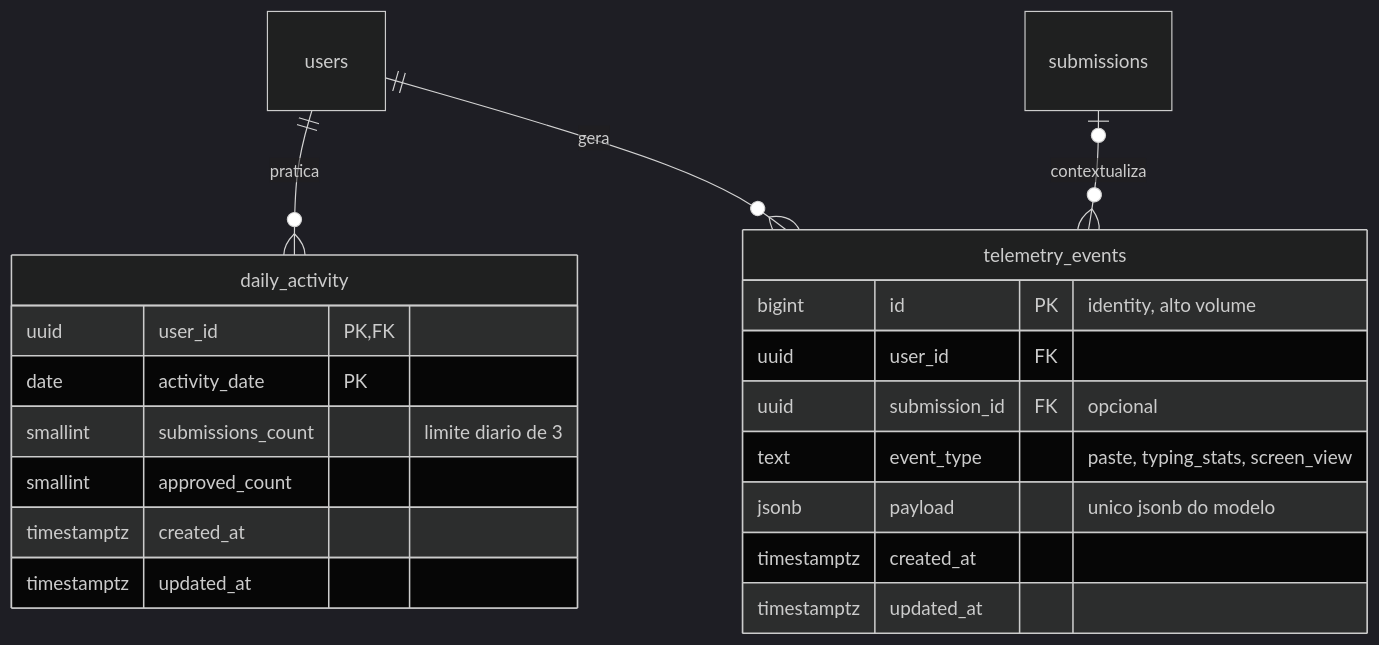
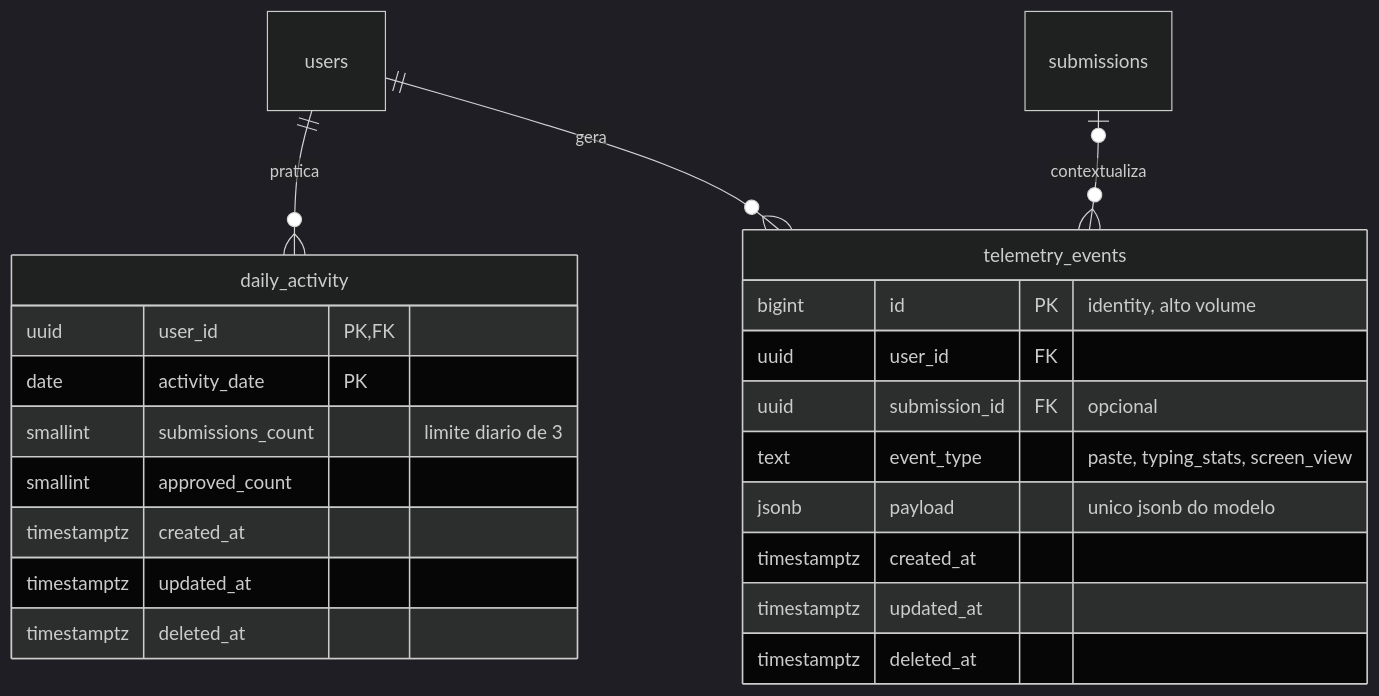
One commit to kaualimadesouza/argumenta-api changed the fifth of 5 diagrams in docs/DER.md. Above: the diagram before and after it, drawn with Mermaid (dark theme). The commit also changed other lines of this file, not shown here.

Commit message:
docs: DER v0.5 - universal soft delete, partial uniques on deleted_at

````diff
--- a/docs/DER.md
+++ b/docs/DER.md
@@ -326,23 +348,25 @@
 ```mermaid
 erDiagram
   daily_activity {
     uuid user_id PK,FK
     date activity_date PK
     smallint submissions_count "limite diario de 3"
     smallint approved_count
     timestamptz created_at
     timestamptz updated_at
+    timestamptz deleted_at
   }
   telemetry_events {
     bigint id PK "identity, alto volume"
     uuid user_id FK
     uuid submission_id FK "opcional"
     text event_type "paste, typing_stats, screen_view"
     jsonb payload "unico jsonb do modelo"
     timestamptz created_at
     timestamptz updated_at
+    timestamptz deleted_at
   }
   users ||--o{ daily_activity : "pratica"
   users ||--o{ telemetry_events : "gera"
   submissions |o--o{ telemetry_events : "contextualiza"
 ```
````
